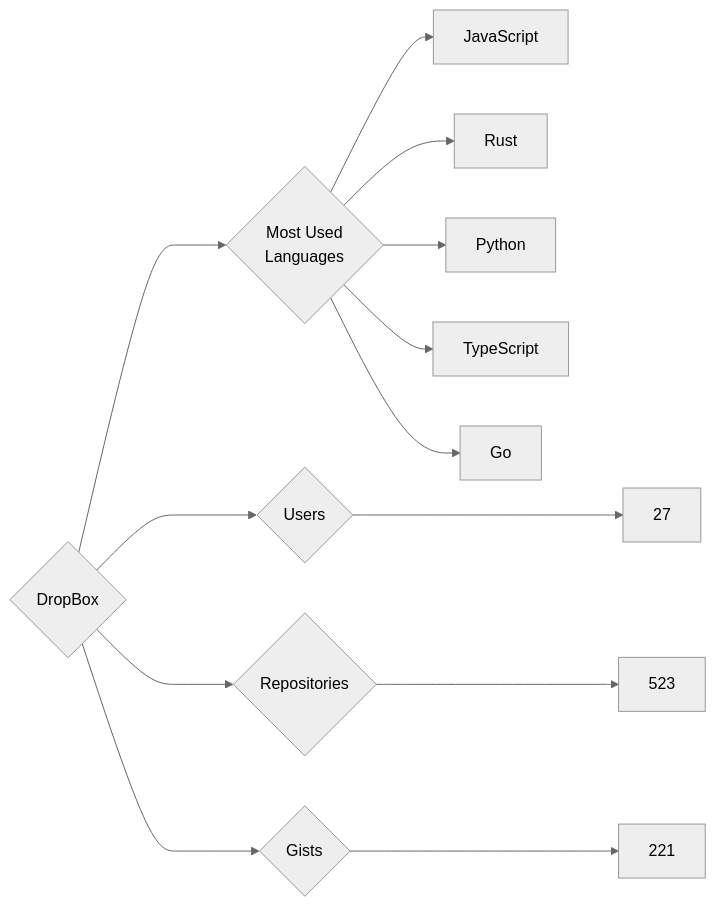
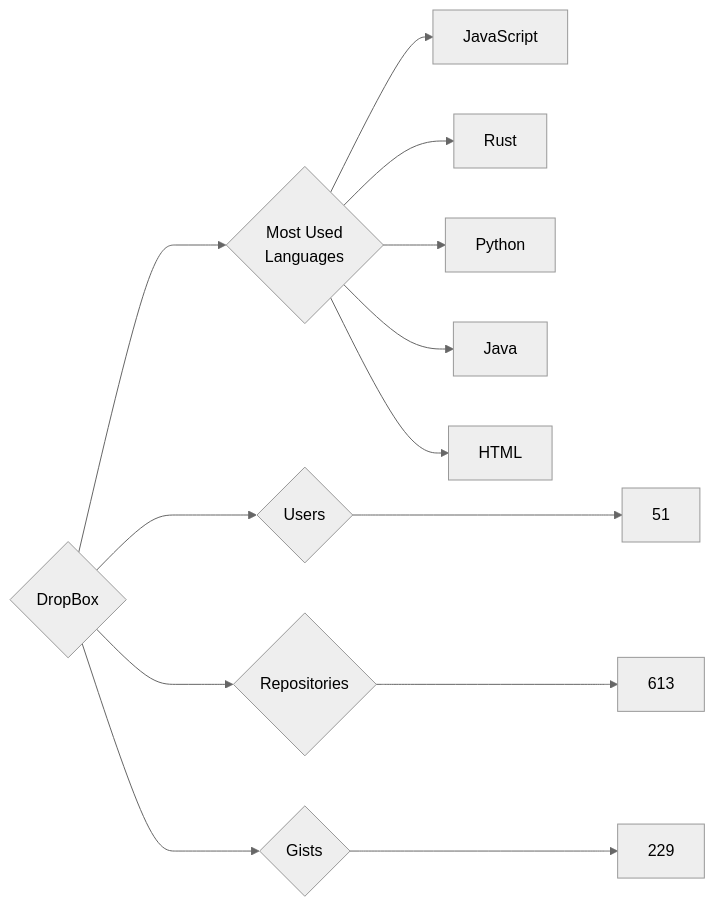
The diagram in targets/DropBox/README.md (trickest/insiders), drawn with Mermaid (neutral theme) before and after one commit. The commit also changed 888 other files, not shown here.

````diff
--- a/targets/DropBox/README.md
+++ b/targets/DropBox/README.md
@@ -3,13 +3,13 @@
 ```mermaid
 graph LR
 COMPANY_NAME{DropBox}
-COMPANY_NAME ---> U{Users} ---> UN[27]
-COMPANY_NAME ---> R{Repositories} ---> RN[523]
-COMPANY_NAME ---> G{Gists} ---> GN[221]
+COMPANY_NAME ---> U{Users} ---> UN[51]
+COMPANY_NAME ---> R{Repositories} ---> RN[613]
+COMPANY_NAME ---> G{Gists} ---> GN[229]
 COMPANY_NAME ---> ML{Most Used<br>Languages}
 ML --> JavaScript[JavaScript]
 ML --> Rust[Rust]
 ML --> Python[Python]
-ML --> TypeScript[TypeScript]
-ML --> Go[Go]
+ML --> Java[Java]
+ML --> HTML[HTML]
 ```
````
